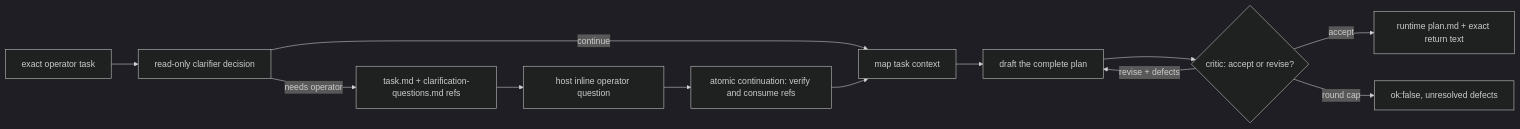
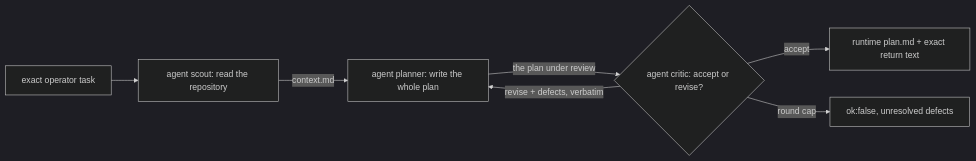
One commit to kroffske/locus-pi changed the first of 2 diagrams in extensions/workflows/examples/plan/README.md. Above: the diagram before and after it, drawn with Mermaid (dark theme). The commit also changed other lines of this file and 12 other files, not shown here.

````diff
--- a/extensions/workflows/examples/plan/README.md
+++ b/extensions/workflows/examples/plan/README.md
@@ -43,14 +43,9 @@
 ```mermaid
 flowchart LR
-    T["exact operator task"] --> C["read-only clarifier decision"]
-    C -->|"needs operator"| A["task.md + clarification-questions.md refs"]
-    C -->|"continue"| M
-    A --> H["host inline operator question"]
-    H --> X["atomic continuation: verify and consume refs"]
-    X --> M["map task context"]
-    M --> D["draft the complete plan"]
-    D --> K{"critic: accept or revise?"}
-    K -->|"revise + defects"| D
+    T["exact operator task"] --> S["agent scout: read the repository"]
+    S -->|"context.md"| D["agent planner: write the whole plan"]
+    D -->|"the plan under review"| K{"agent critic: accept or revise?"}
+    K -->|"revise + defects, verbatim"| D
     K -->|"accept"| O["runtime plan.md + exact return text"]
     K -->|"round cap"| F["ok:false, unresolved defects"]
 ```
````
